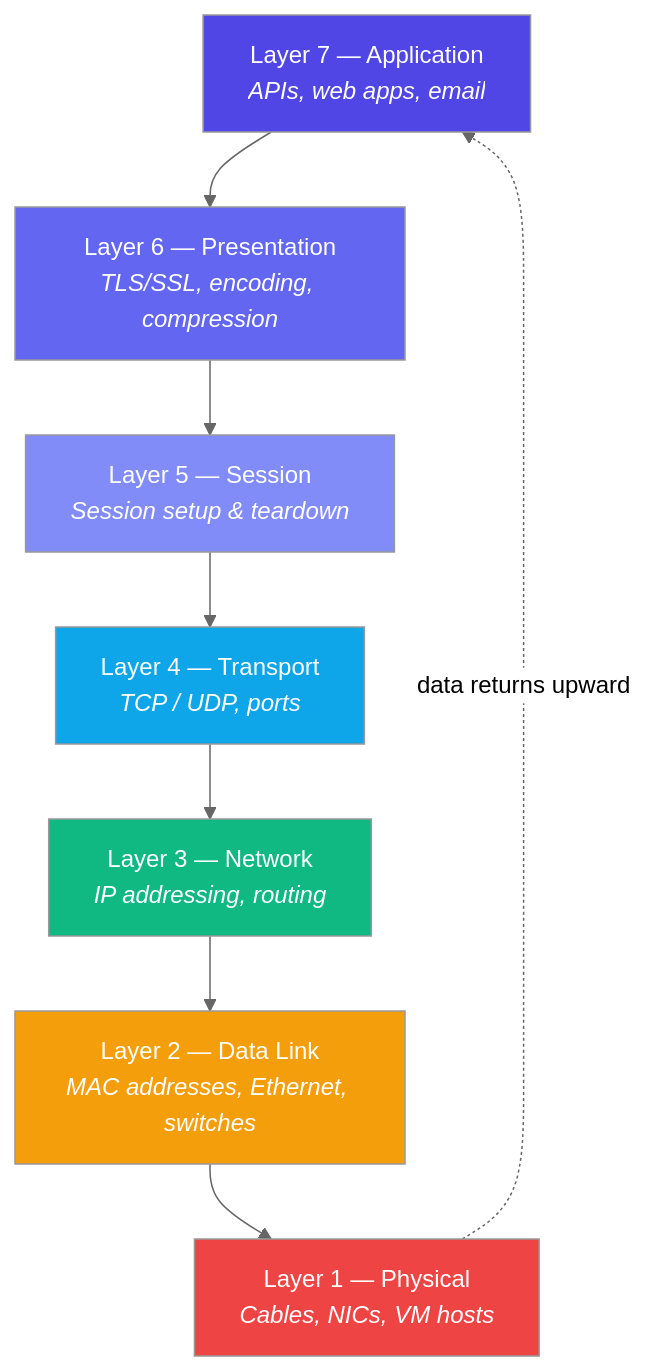
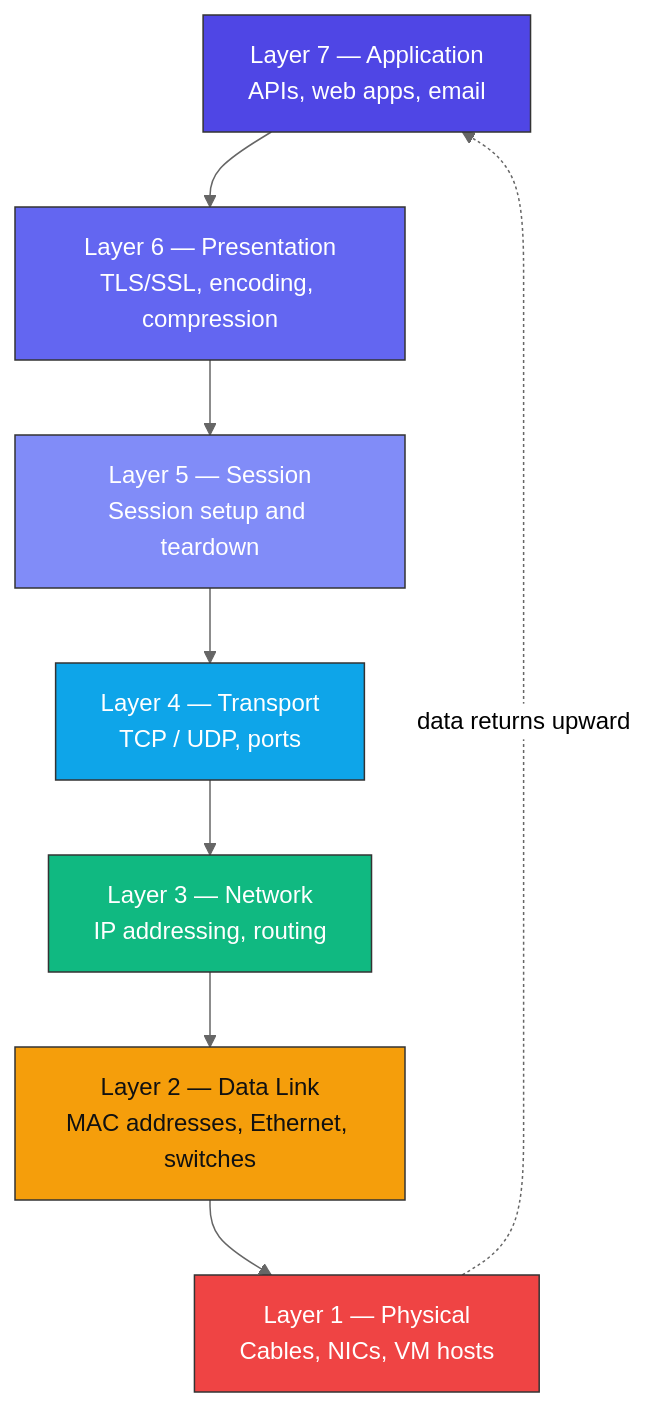
One commit to mustafaDev07/Devops-Learning-Networking changed the diagram in README.md. Above: the diagram before and after it, drawn with Mermaid (neutral theme). The commit also changed other lines of this file, not shown here.

Commit message:
Refine README content for clarity and consistency
Updated various sections for clarity and consistency, including headings and troubleshooting tips.

````diff
--- a/README.md
+++ b/README.md
@@ -38,21 +38,29 @@
 ```mermaid
 flowchart TD
-    L7["Layer 7 — Application<br/><i>APIs, web apps, email</i>"]
-    L6["Layer 6 — Presentation<br/><i>TLS/SSL, encoding, compression</i>"]
-    L5["Layer 5 — Session<br/><i>Session setup & teardown</i>"]
-    L4["Layer 4 — Transport<br/><i>TCP / UDP, ports</i>"]
-    L3["Layer 3 — Network<br/><i>IP addressing, routing</i>"]
-    L2["Layer 2 — Data Link<br/><i>MAC addresses, Ethernet, switches</i>"]
-    L1["Layer 1 — Physical<br/><i>Cables, NICs, VM hosts</i>"]
+    L7["Layer 7 — Application<br/>APIs, web apps, email"]
+    L6["Layer 6 — Presentation<br/>TLS/SSL, encoding, compression"]
+    L5["Layer 5 — Session<br/>Session setup and teardown"]
+    L4["Layer 4 — Transport<br/>TCP / UDP, ports"]
+    L3["Layer 3 — Network<br/>IP addressing, routing"]
+    L2["Layer 2 — Data Link<br/>MAC addresses, Ethernet, switches"]
+    L1["Layer 1 — Physical<br/>Cables, NICs, VM hosts"]
 
     L7 --> L6 --> L5 --> L4 --> L3 --> L2 --> L1
-    L1 -.->|"data returns upward"| L7
+    L1 -.->|data returns upward| L7
 
-    style L7 fill:#4f46e5,color:#fff
-    style L6 fill:#6366f1,color:#fff
-    style L5 fill:#818cf8,color:#fff
-    style L4 fill:#0ea5e9,color:#fff
-    style L3 fill:#10b981,color:#fff
-    style L2 fill:#f59e0b,color:#fff
-    style L1 fill:#ef4444,color:#fff
+    classDef app fill:#4f46e5,color:#fff,stroke:#333,stroke-width:1px;
+    classDef pres fill:#6366f1,color:#fff,stroke:#333,stroke-width:1px;
+    classDef sess fill:#818cf8,color:#fff,stroke:#333,stroke-width:1px;
+    classDef trans fill:#0ea5e9,color:#fff,stroke:#333,stroke-width:1px;
+    classDef net fill:#10b981,color:#fff,stroke:#333,stroke-width:1px;
+    classDef link fill:#f59e0b,color:#111,stroke:#333,stroke-width:1px;
+    classDef phys fill:#ef4444,color:#fff,stroke:#333,stroke-width:1px;
+
+    class L7 app
+    class L6 pres
+    class L5 sess
+    class L4 trans
+    class L3 net
+    class L2 link
+    class L1 phys
 ```
````
